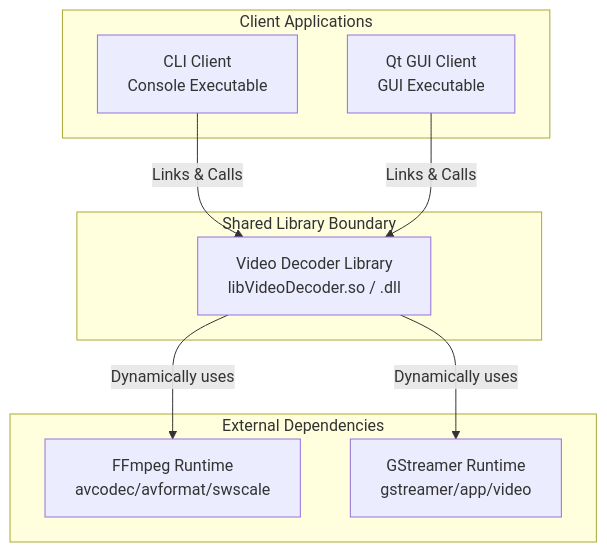
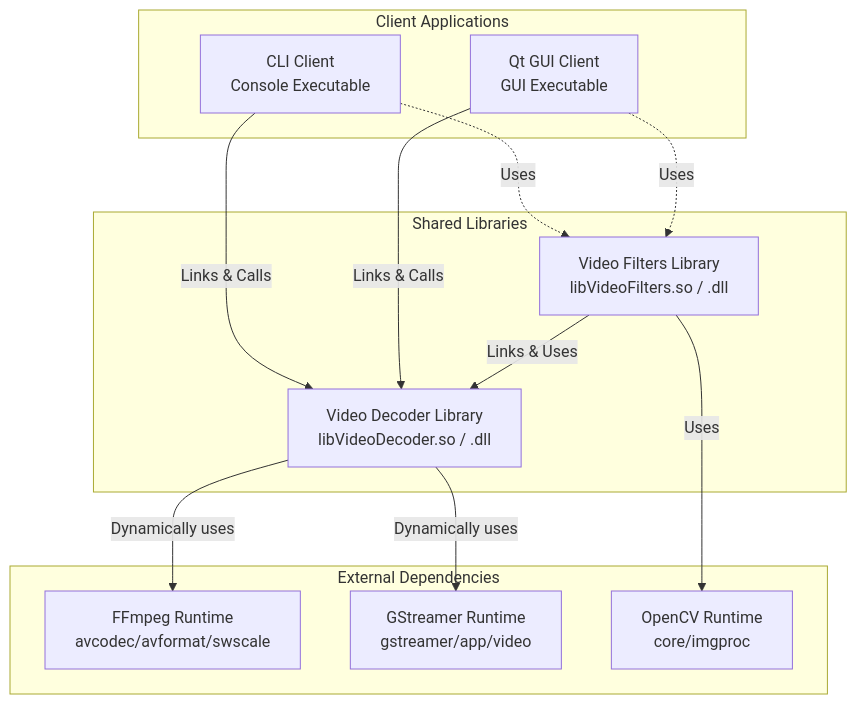
Before and after one commit to svagionitis/VideoDecoder: the second of 4 diagrams in docs/architecture.md, drawn with Mermaid. The commit also changed other lines of this file and 1 other file, not shown here.

First line of the commit message:
docs: document post-processing video filters in README and architecture

````diff
--- a/docs/architecture.md
+++ b/docs/architecture.md
@@ -75,21 +81,27 @@
 ```mermaid
 graph TB
     subgraph Clients [Client Applications]
         CLI[CLI Client<br>Console Executable]
         GUI[Qt GUI Client<br>GUI Executable]
     end
 
-    subgraph Library [Shared Library Boundary]
+    subgraph Libraries [Shared Libraries]
         DecoderLib[Video Decoder Library<br>libVideoDecoder.so / .dll]
+        FiltersLib[Video Filters Library<br>libVideoFilters.so / .dll]
     end
 
     subgraph Deps [External Dependencies]
         FFmpeg[FFmpeg Runtime<br>avcodec/avformat/swscale]
         GStreamer[GStreamer Runtime<br>gstreamer/app/video]
+        OpenCV[OpenCV Runtime<br>core/imgproc]
     end
 
     CLI -->|Links & Calls| DecoderLib
     GUI -->|Links & Calls| DecoderLib
+    CLI -.->|Uses| FiltersLib
+    GUI -.->|Uses| FiltersLib
+    FiltersLib -->|Links & Uses| DecoderLib
+    FiltersLib -->|Uses| OpenCV
     DecoderLib -->|Dynamically uses| FFmpeg
     DecoderLib -->|Dynamically uses| GStreamer
 ```
````
